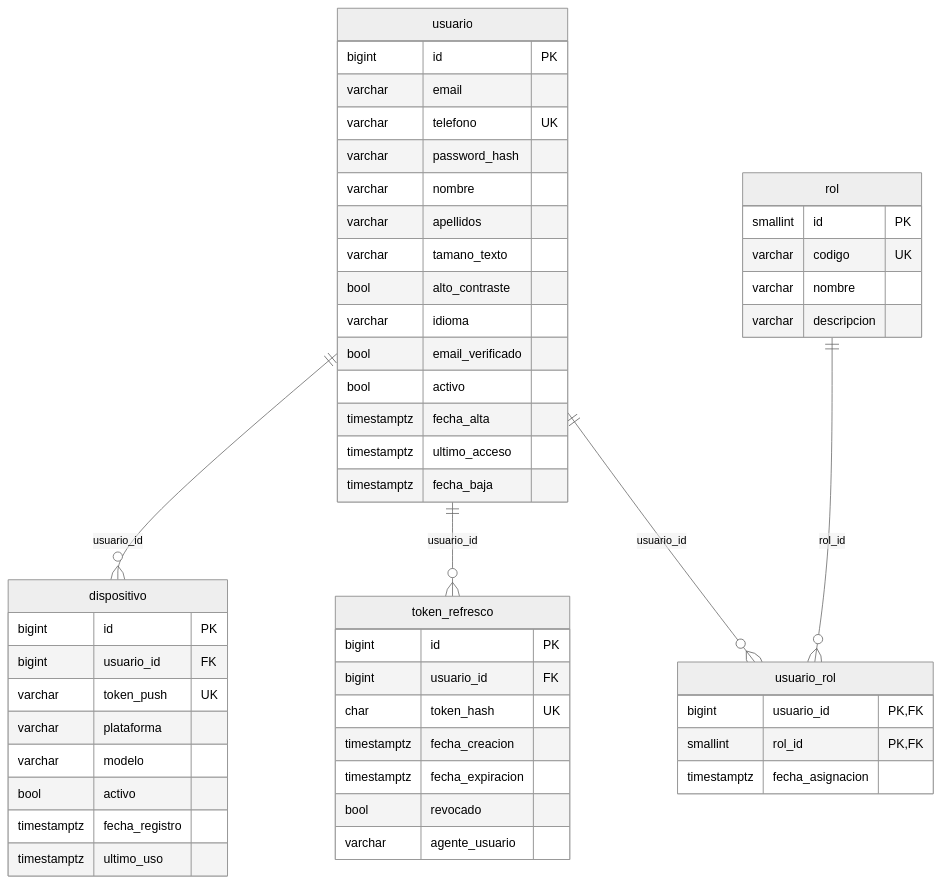
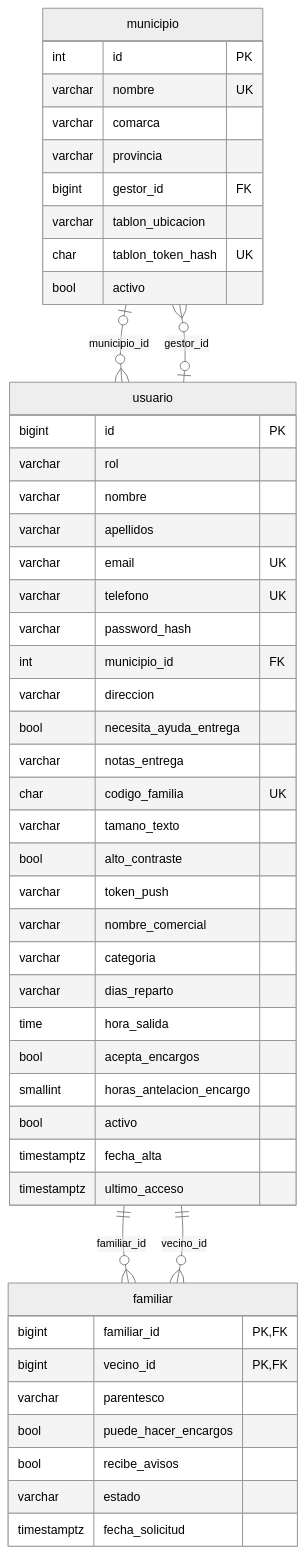
One commit to JavierSanzdelCerro/TFG_CLAXON changed the second of 5 diagrams in docs/base-de-datos/diagramas.md. Above: the diagram before and after it, drawn with Mermaid (neutral theme). The commit also changed other lines of this file and 39 other files, not shown here.

````diff
--- a/docs/base-de-datos/diagramas.md
+++ b/docs/base-de-datos/diagramas.md
@@ -114,53 +41,52 @@
 ```mermaid
 erDiagram
+    municipio {
+        int id PK
+        varchar nombre UK
+        varchar comarca
+        varchar provincia
+        bigint gestor_id FK
+        varchar tablon_ubicacion
+        char tablon_token_hash UK
+        bool activo
+    }
     usuario {
         bigint id PK
-        varchar email
+        varchar rol
+        varchar nombre
+        varchar apellidos
+        varchar email UK
         varchar telefono UK
         varchar password_hash
-        varchar nombre
-        varchar apellidos
+        int municipio_id FK
+        varchar direccion
+        bool necesita_ayuda_entrega
+        varchar notas_entrega
+        char codigo_familia UK
         varchar tamano_texto
         bool alto_contraste
-        varchar idioma
-        bool email_verificado
+        varchar token_push
+        varchar nombre_comercial
+        varchar categoria
+        varchar dias_reparto
+        time hora_salida
+        bool acepta_encargos
+        smallint horas_antelacion_encargo
         bool activo
         timestamptz fecha_alta
         timestamptz ultimo_acceso
-        timestamptz fecha_baja
     }
-    rol {
-        smallint id PK
-        varchar codigo UK
-        varchar nombre
-        varchar descripcion
+    familiar {
+        bigint familiar_id PK,FK
+        bigint vecino_id PK,FK
+        varchar parentesco
+        bool puede_hacer_encargos
+        bool recibe_avisos
+        varchar estado
+        timestamptz fecha_solicitud
     }
-    usuario_rol {
-        bigint usuario_id PK,FK
-        smallint rol_id PK,FK
-        timestamptz fecha_asignacion
-    }
-    token_refresco {
-        bigint id PK
-        bigint usuario_id FK
-        char token_hash UK
-        timestamptz fecha_creacion
-        timestamptz fecha_expiracion
-        bool revocado
-        varchar agente_usuario
-    }
-    dispositivo {
-        bigint id PK
-        bigint usuario_id FK
-        varchar token_push UK
-        varchar plataforma
-        varchar modelo
-        bool activo
-        timestamptz fecha_registro
-        timestamptz ultimo_uso
-    }
-    usuario ||--o{ dispositivo : "usuario_id"
-    usuario ||--o{ token_refresco : "usuario_id"
-    usuario ||--o{ usuario_rol : "usuario_id"
-    rol ||--o{ usuario_rol : "rol_id"
+    usuario ||--o{ familiar : "familiar_id"
+    usuario ||--o{ familiar : "vecino_id"
+    usuario |o--o{ municipio : "gestor_id"
+    municipio |o--o{ usuario : "municipio_id"
 ```
````
